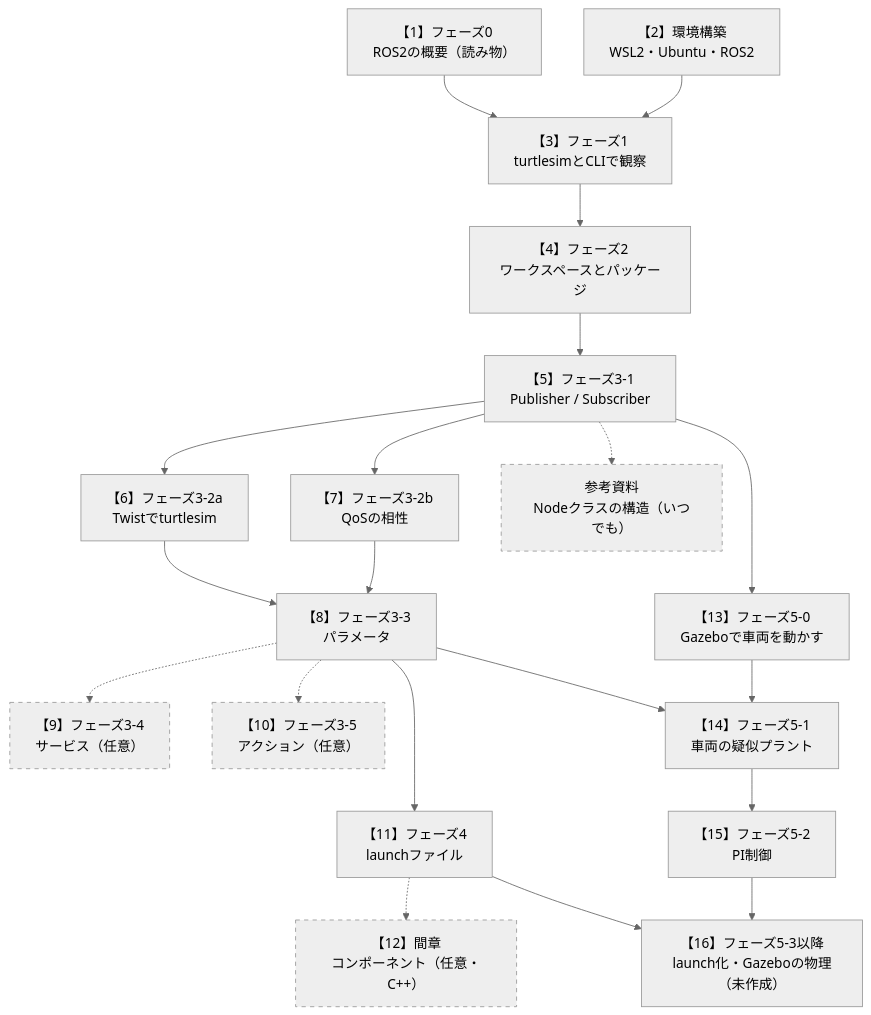
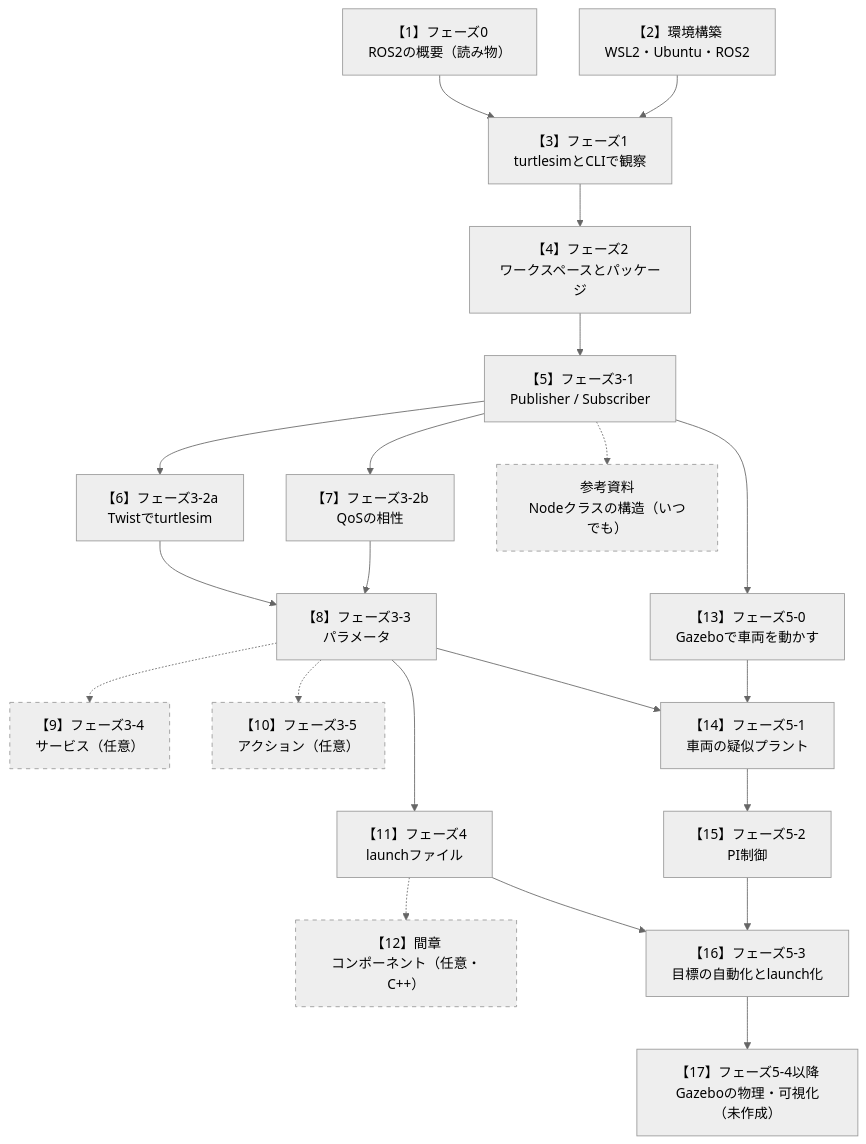
Before and after one commit to SanghunIm1991/ros2MinimalPhysicalAi: the diagram in README.md, drawn with Mermaid (neutral theme). The commit also changed other lines of this file and 3 other files, not shown here.

Commit message:
[claude] フェーズ5-3の手順書（目標速度の自動化とlaunch化、グラフでの読み取り）と図を追加し、README・学習計画・5-2の案内を更新

````diff
--- a/README.md
+++ b/README.md
@@ -89,25 +89,26 @@
 ```mermaid
 flowchart TB
     P0["【1】フェーズ0<br/>ROS2の概要（読み物）"] --> P1
     SETUP["【2】環境構築<br/>WSL2・Ubuntu・ROS2"] --> P1
     P1["【3】フェーズ1<br/>turtlesimとCLIで観察"] --> P2["【4】フェーズ2<br/>ワークスペースとパッケージ"]
     P2 --> P31["【5】フェーズ3-1<br/>Publisher / Subscriber"]
     P31 --> P32a["【6】フェーズ3-2a<br/>Twistでturtlesim"]
     P31 --> P32b["【7】フェーズ3-2b<br/>QoSの相性"]
     P32a --> P33["【8】フェーズ3-3<br/>パラメータ"]
     P32b --> P33
     P33 -.-> P34["【9】フェーズ3-4<br/>サービス（任意）"]
     P33 -.-> P35["【10】フェーズ3-5<br/>アクション（任意）"]
     P33 --> P4["【11】フェーズ4<br/>launchファイル"]
     P4 -.-> INT["【12】間章<br/>コンポーネント（任意・C++）"]
     P31 --> P50["【13】フェーズ5-0<br/>Gazeboで車両を動かす"]
     P33 --> P51["【14】フェーズ5-1<br/>車両の疑似プラント"]
     P50 --> P51
     P51 --> P52["【15】フェーズ5-2<br/>PI制御"]
-    P4 --> P53["【16】フェーズ5-3以降<br/>launch化・Gazeboの物理（未作成）"]
+    P4 --> P53["【16】フェーズ5-3<br/>目標の自動化とlaunch化"]
     P52 --> P53
+    P53 --> P54["【17】フェーズ5-4以降<br/>Gazeboの物理・可視化（未作成）"]
     P31 -.-> REF["参考資料<br/>Nodeクラスの構造（いつでも）"]
 
     classDef optional stroke-dasharray: 5 5
     class P34,P35,INT,REF optional
 ```
````
